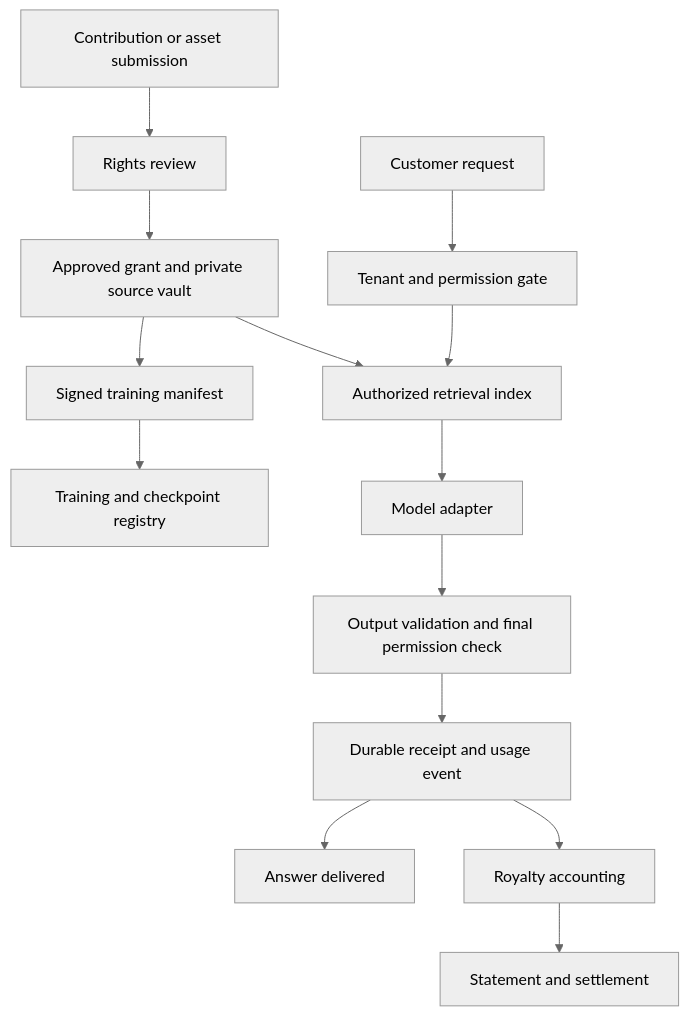
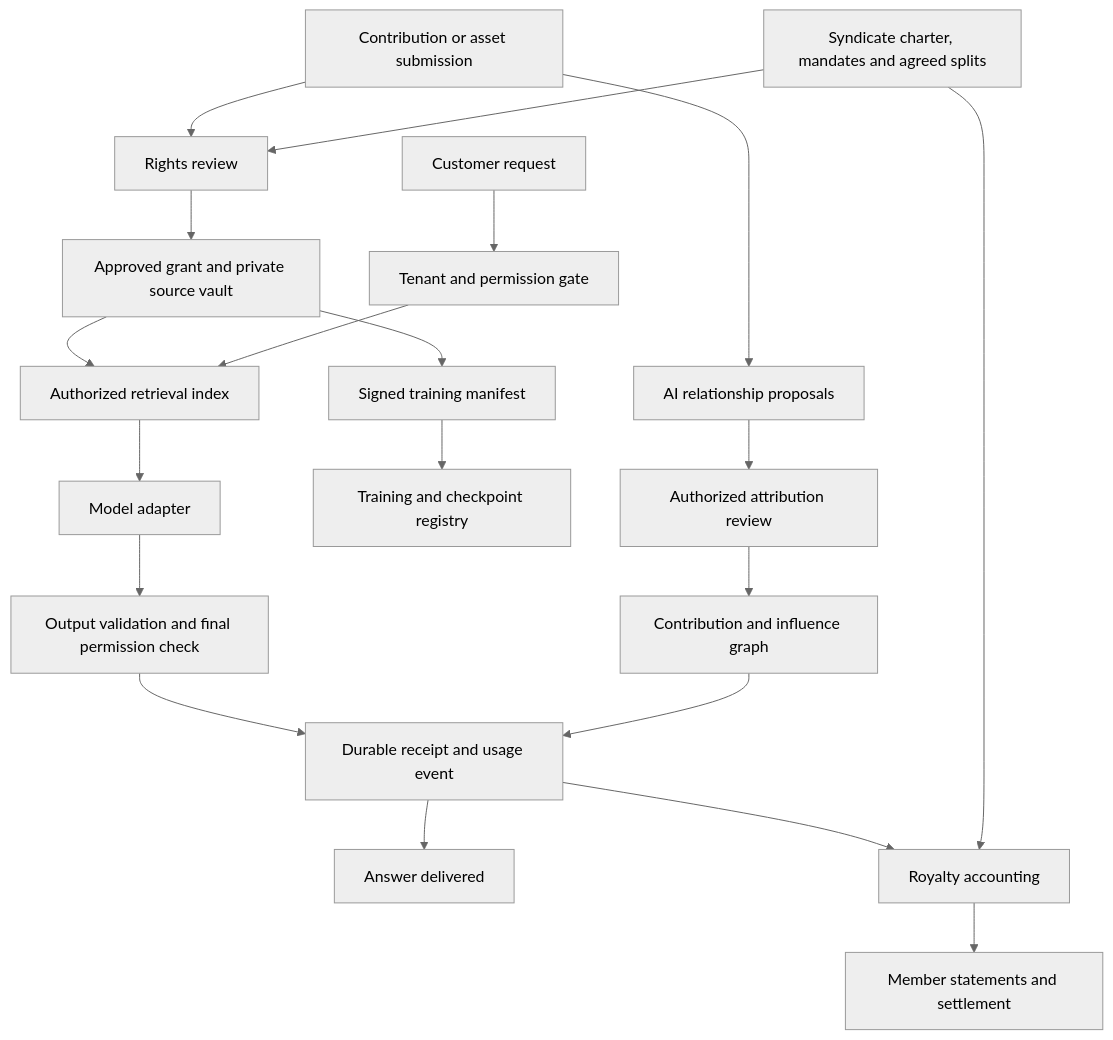
Before and after one commit to niccolox/sovsrc.llm-ip-ideas: the diagram in docs/SOVEREIGN_SOURCE_AI_CODEX_SPEC.md, drawn with Mermaid (neutral theme). The commit also changed other lines of this file and 1 other file, not shown here.

````diff
--- a/docs/SOVEREIGN_SOURCE_AI_CODEX_SPEC.md
+++ b/docs/SOVEREIGN_SOURCE_AI_CODEX_SPEC.md
@@ -115,16 +143,22 @@
 ```mermaid
 flowchart TD
     A[Contribution or asset submission] --> B[Rights review]
+    S[Syndicate charter, mandates and agreed splits] --> B
     B --> C[Approved grant and private source vault]
+    A --> N[AI relationship proposals]
+    N --> O[Authorized attribution review]
+    O --> P[Contribution and influence graph]
     C --> D[Authorized retrieval index]
     C --> E[Signed training manifest]
     E --> F[Training and checkpoint registry]
     Q[Customer request] --> G[Tenant and permission gate]
     G --> D
     D --> H[Model adapter]
     H --> I[Output validation and final permission check]
     I --> J[Durable receipt and usage event]
     J --> K[Answer delivered]
     J --> L[Royalty accounting]
-    L --> M[Statement and settlement]
+    P --> J
+    S --> L
+    L --> M[Member statements and settlement]
 ```
````
